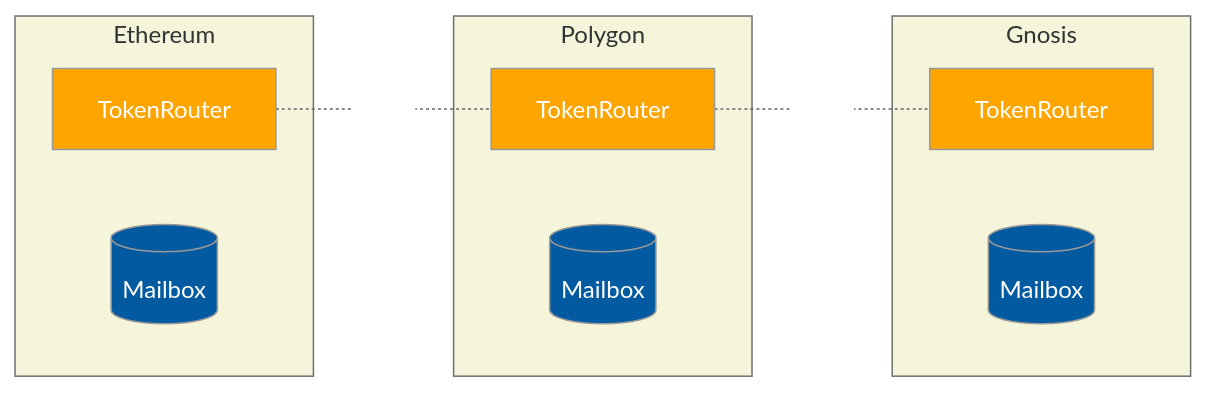
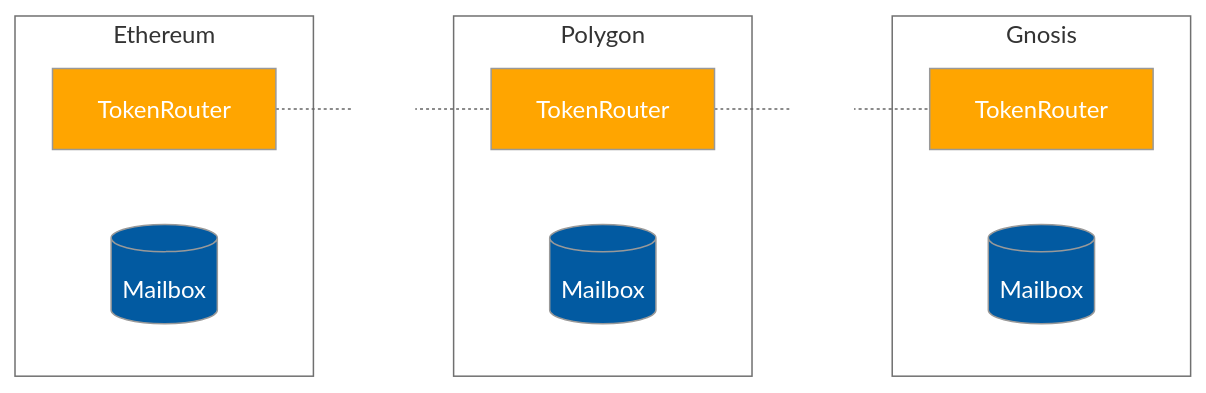
Before and after one commit to hyperlane-xyz/hyperlane-token: the first of 4 diagrams in README.md, drawn with Mermaid. The commit also changed other lines of this file, not shown here.

````diff
--- a/README.md
+++ b/README.md
@@ -9,34 +9,34 @@
 ```mermaid
 %%{ init: {
   "theme": "neutral",
   "themeVariables": {
     "mainBkg": "#025AA1",
     "textColor": "white",
-    "clusterBkg": "beige"
+    "clusterBkg": "white"
   },
   "themeCSS": ".edgeLabel { color: black }"
 }}%%
 
 graph LR
     subgraph "Ethereum"
         HYP_E[TokenRouter]
         style HYP_E fill:orange
         Mailbox_E[(Mailbox)]
     end
 
     subgraph "Polygon"
         HYP_P[TokenRouter]
         style HYP_P fill:orange
         Mailbox_P[(Mailbox)]
     end
 
 
     subgraph "Gnosis"
         HYP_G[TokenRouter]
         style HYP_G fill:orange
         Mailbox_G[(Mailbox)]
     end
 
     HYP_E -. "router" .- HYP_P -. "router" .- HYP_G
 
 ```
````
